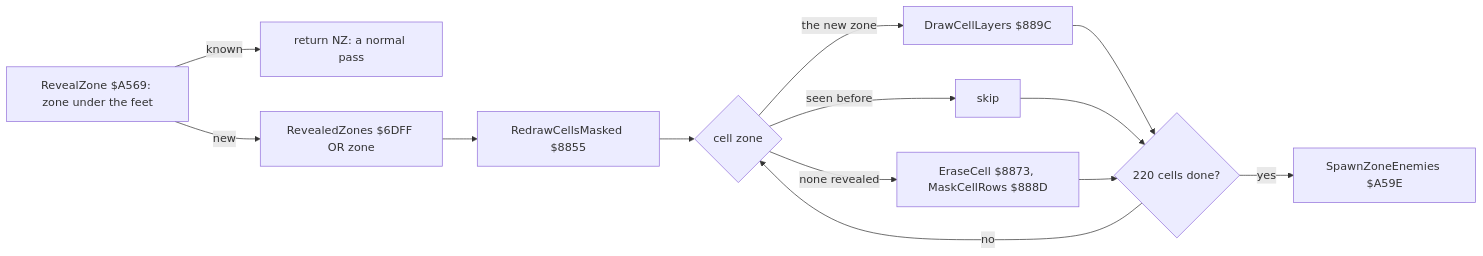
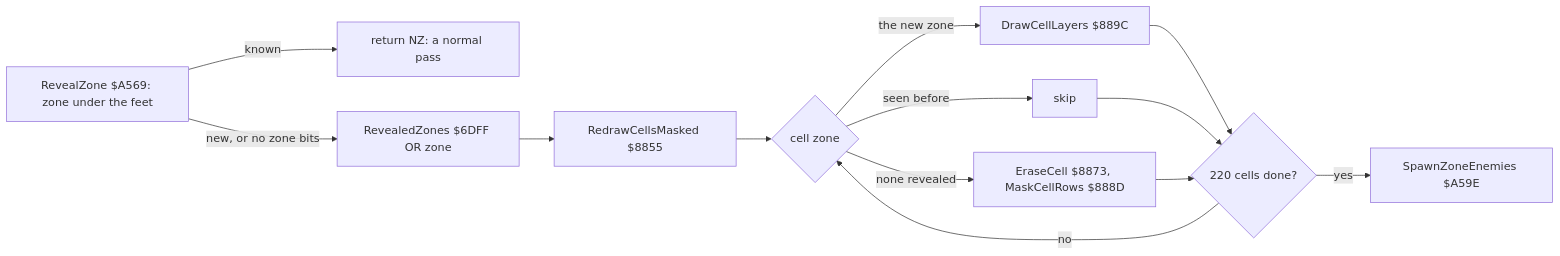
Before and after one commit to alfishe/unrealng-reverse-cases: the ninth of 10 diagrams in games/switchblade/docs/04-game-loop.md, drawn with Mermaid. The commit also changed other lines of this file and 54 other files, not shown here.

````diff
--- a/games/switchblade/docs/04-game-loop.md
+++ b/games/switchblade/docs/04-game-loop.md
@@ -779,15 +871,15 @@
 ```mermaid
 flowchart LR
     A["RevealZone $A569: zone under the feet"] -->|"known"| R["return NZ: a normal pass"]
-    A -->|"new"| B["RevealedZones $6DFF OR zone"]
+    A -->|"new, or no zone bits"| B["RevealedZones $6DFF OR zone"]
     B --> C["RedrawCellsMasked $8855"]
     C --> D{"cell zone"}
     D -- "the new zone" --> E["DrawCellLayers $889C"]
     D -- "seen before" --> F["skip"]
     D -- "none revealed" --> G["EraseCell $8873, MaskCellRows $888D"]
     E --> H{"220 cells done?"}
     F --> H
     G --> H
     H -- no --> D
     H -- yes --> I["SpawnZoneEnemies $A59E"]
 ```
````
